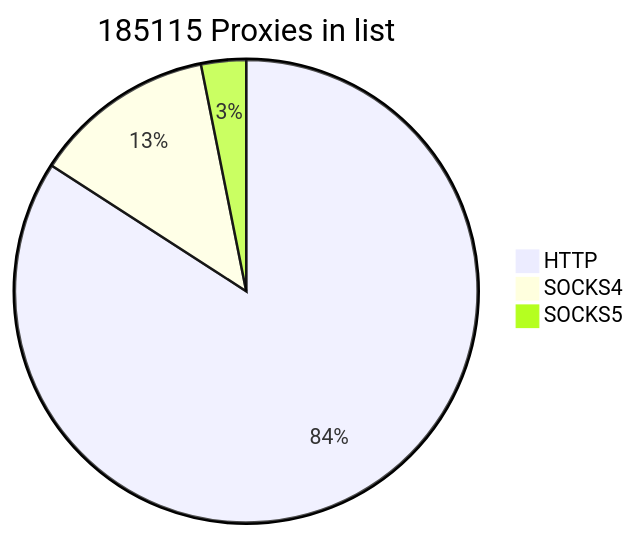
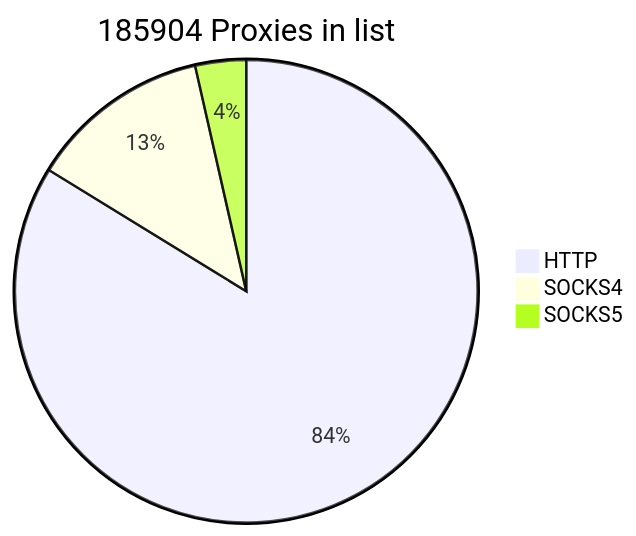
Before and after one commit to cutipu/proxylist: the first of 2 diagrams in README.md, drawn with Mermaid. The commit also changed other lines of this file, not shown here.

````diff
--- a/README.md
+++ b/README.md
@@ -2,7 +2,7 @@
 ```mermaid
-pie title 185115 Proxies in list
+pie title 185904 Proxies in list
     "HTTP" : 155728
-    "SOCKS4" : 23576
-    "SOCKS5" : 5811
+    "SOCKS4" : 23575
+    "SOCKS5" : 6601
             
 ```
````
